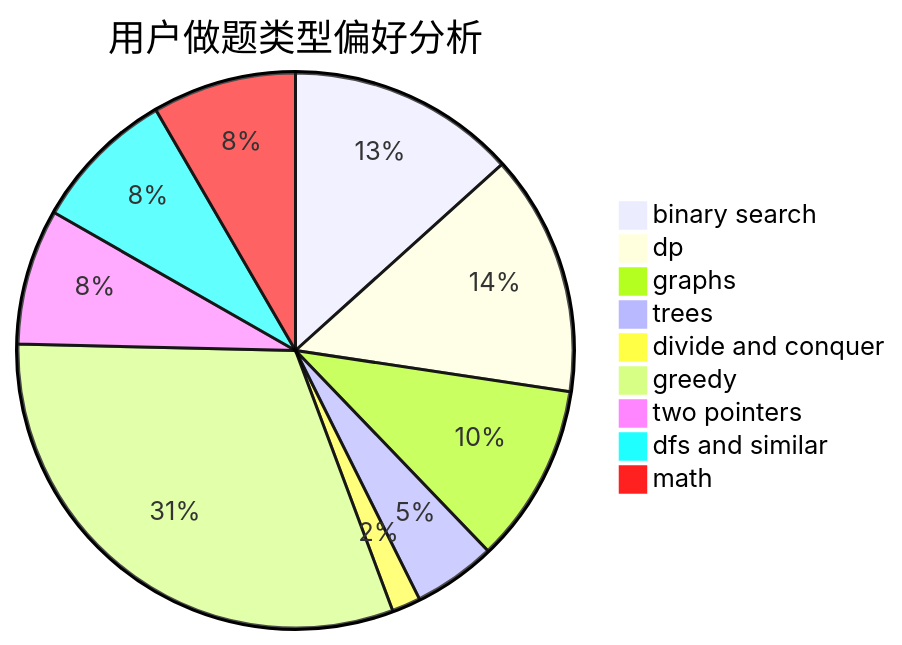
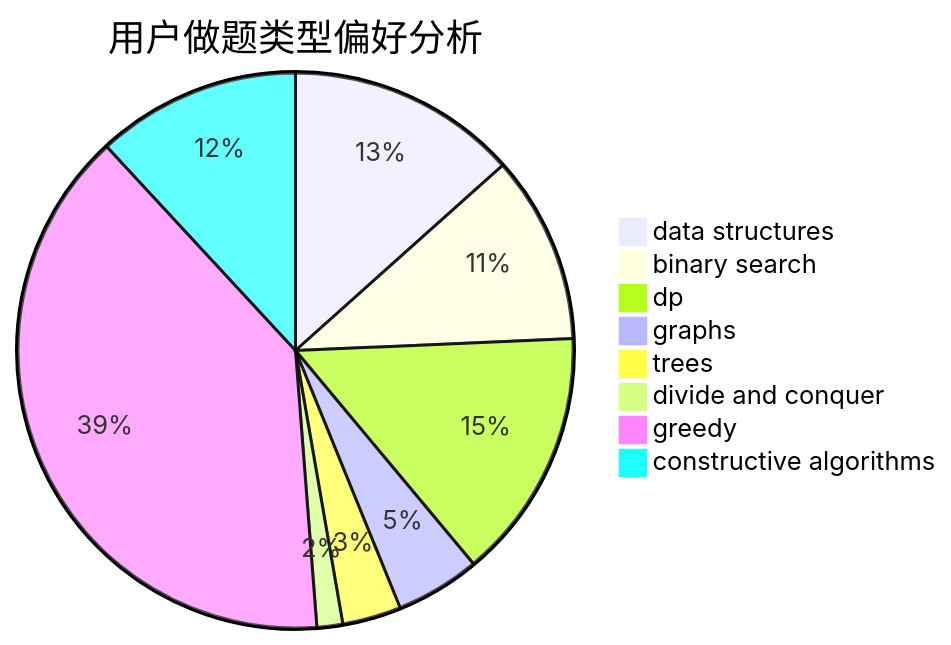
Before and after one commit to sherpahu/cfrs.github.io: the second of 3 diagrams in docs/user/u2688.md, drawn with Mermaid. The commit also changed other lines of this file and 2775 other files, not shown here.

````diff
--- a/docs/user/u2688.md
+++ b/docs/user/u2688.md
@@ -23,12 +23,11 @@
 ```mermaid
 pie title 用户做题类型偏好分析
-    "binary search" :  199
-    "dp" :  210
-    "graphs" :  156
-    "trees" :  72
-    "divide and conquer" :  25
-    "greedy" :  464
-    "two pointers" :  118
-    "dfs and similar" :  125
-    "math" :  125
+    "data structures" :  98
+    "binary search" :  80
+    "dp" :  107
+    "graphs" :  36
+    "trees" :  25
+    "divide and conquer" :  11
+    "greedy" :  288
+    "constructive algorithms" :  87
 ```
````
